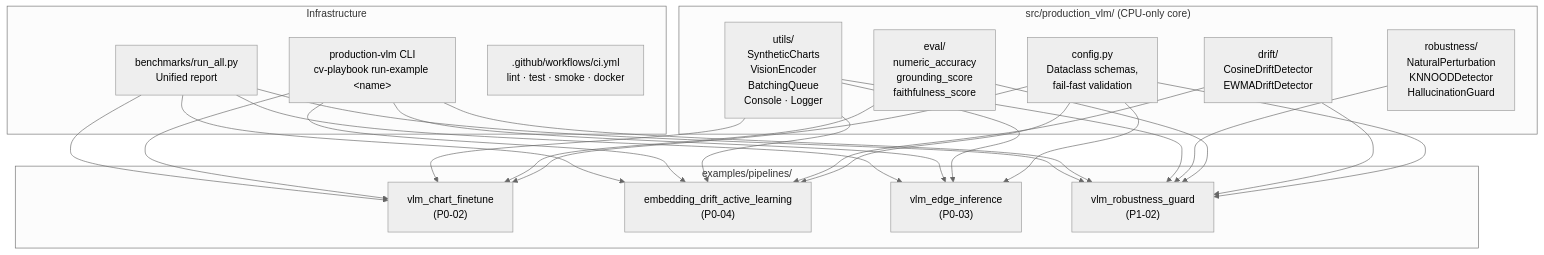
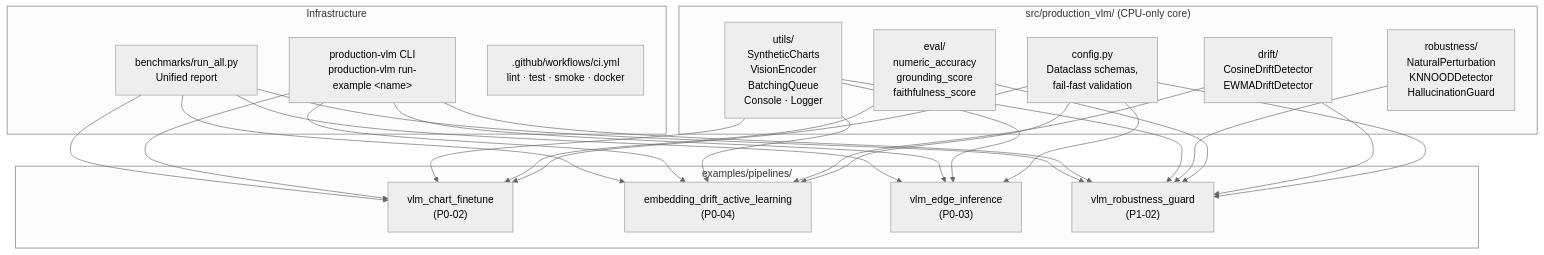
One commit to Mattral/production-vlm-engineering changed the diagram in docs/getting_started/architecture.md. Above: the diagram before and after it, drawn with Mermaid (neutral theme). The commit also changed other lines of this file and 4 other files, not shown here.

Commit message:
docs(readme+getting_started): correct CLI command rename; update test counts and architecture notes

````diff
--- a/docs/getting_started/architecture.md
+++ b/docs/getting_started/architecture.md
@@ -7,31 +7,31 @@
 ```mermaid
 graph TD
     subgraph shared["src/production_vlm/ (CPU-only core)"]
         CONFIG["config.py<br/>Dataclass schemas,<br/>fail-fast validation"]
         DRIFT["drift/<br/>CosineDriftDetector<br/>EWMADriftDetector"]
         EVAL["eval/<br/>numeric_accuracy<br/>grounding_score<br/>faithfulness_score"]
         ROB["robustness/<br/>NaturalPerturbation<br/>KNNOODDetector<br/>HallucinationGuard"]
         UTILS["utils/<br/>SyntheticCharts<br/>VisionEncoder<br/>BatchingQueue<br/>Console · Logger"]
     end
 
     subgraph examples["examples/pipelines/"]
         E1["vlm_chart_finetune<br/>(P0-02)"]
         E2["embedding_drift_active_learning<br/>(P0-04)"]
         E3["vlm_edge_inference<br/>(P0-03)"]
         E4["vlm_robustness_guard<br/>(P1-02)"]
     end
 
     subgraph infra["Infrastructure"]
-        CLI["production-vlm CLI<br/>cv-playbook run-example &lt;name&gt;"]
+        CLI["production-vlm CLI<br/>production-vlm run-example &lt;name&gt;"]
         BENCH["benchmarks/run_all.py<br/>Unified report"]
         CI[".github/workflows/ci.yml<br/>lint · test · smoke · docker"]
     end
 
     CONFIG --> E1 & E2 & E3 & E4
     DRIFT --> E2 & E4
     EVAL --> E1 & E4
     ROB --> E4
     UTILS --> E1 & E2 & E3 & E4
     CLI --> E1 & E2 & E3 & E4
     BENCH --> E1 & E2 & E3 & E4
 ```
````
